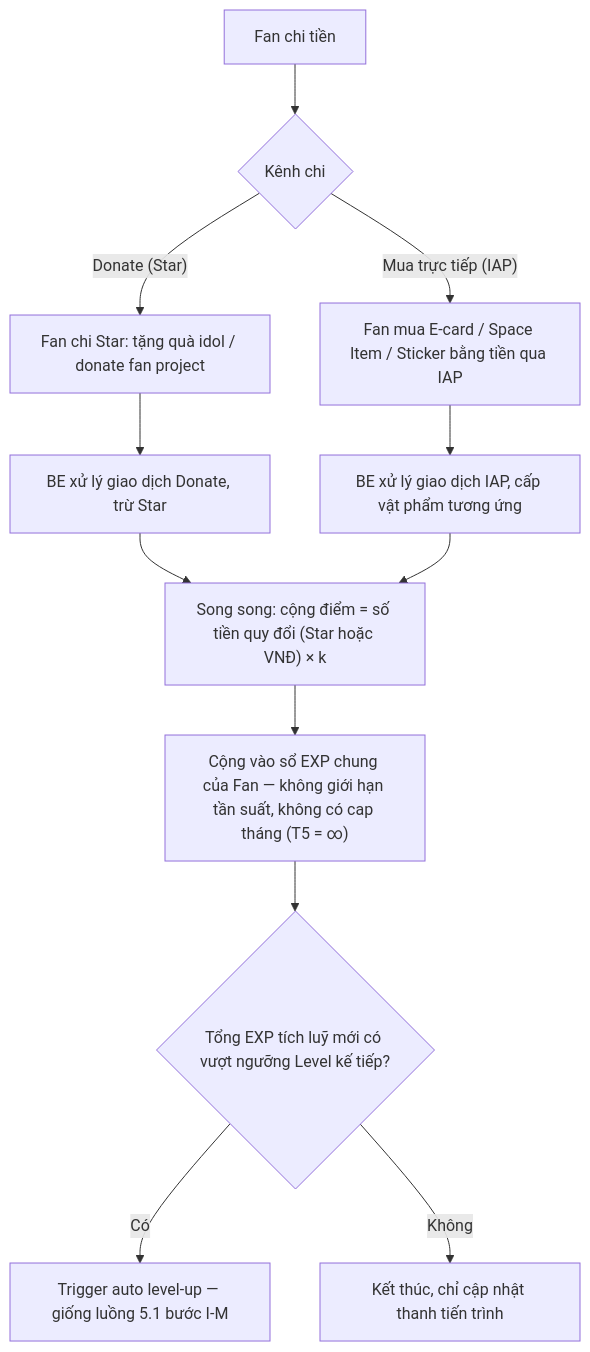
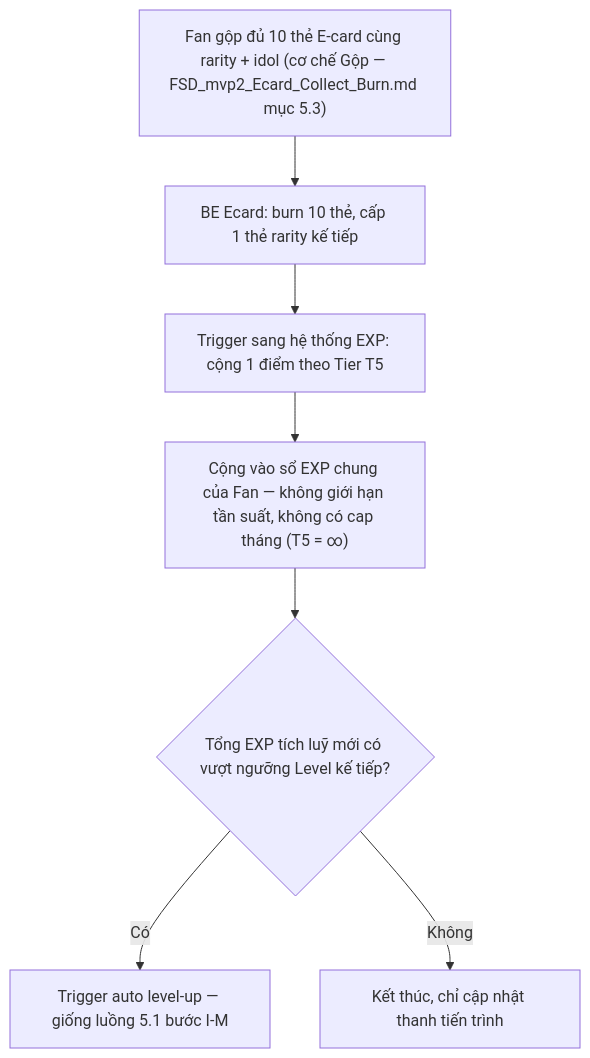
Before and after one commit to chrishieu/fana-analysis: the second of 2 diagrams in FSD_mvp2_Ranking_Point_System.md, drawn with Mermaid. The commit also changed other lines of this file, not shown here.

Commit message:
Update FSD for MVP2 Ranking and Point System: Clarify EXP accumulation rules, introduce E-card merging for additional EXP, and refine action tiers and limits for better user engagement.

````diff
--- a/FSD_mvp2_Ranking_Point_System.md
+++ b/FSD_mvp2_Ranking_Point_System.md
@@ -98,16 +103,9 @@
 ```mermaid
 flowchart TD
-    A["Fan chi tiền"] --> B{"Kênh chi"}
-    B -- "Donate (Star)" --> C1["Fan chi Star: tặng quà idol / donate fan project"]
-    B -- "Mua trực tiếp (IAP)" --> C2["Fan mua E-card / Space Item / Sticker bằng tiền qua IAP"]
-
-    C1 --> D["BE xử lý giao dịch Donate, trừ Star"]
-    C2 --> E["BE xử lý giao dịch IAP, cấp vật phẩm tương ứng"]
-
-    D --> F["Song song: cộng điểm = số tiền quy đổi (Star hoặc VNĐ) × k"]
-    E --> F
-    F --> G["Cộng vào sổ EXP chung của Fan — không giới hạn tần suất, không có cap tháng (T5 = ∞)"]
-    G --> H{"Tổng EXP tích luỹ mới có vượt ngưỡng Level kế tiếp?"}
-    H -- Có --> I["Trigger auto level-up — giống luồng 5.1 bước I-M"]
-    H -- Không --> J["Kết thúc, chỉ cập nhật thanh tiến trình"]
+    A["Fan gộp đủ 10 thẻ E-card cùng rarity + idol (cơ chế Gộp — FSD_mvp2_Ecard_Collect_Burn.md mục 5.3)"] --> B["BE Ecard: burn 10 thẻ, cấp 1 thẻ rarity kế tiếp"]
+    B --> C["Trigger sang hệ thống EXP: cộng 1 điểm theo Tier T5"]
+    C --> D["Cộng vào sổ EXP chung của Fan — không giới hạn tần suất, không có cap tháng (T5 = ∞)"]
+    D --> E{"Tổng EXP tích luỹ mới có vượt ngưỡng Level kế tiếp?"}
+    E -- Có --> F["Trigger auto level-up — giống luồng 5.1 bước I-M"]
+    E -- Không --> G["Kết thúc, chỉ cập nhật thanh tiến trình"]
 ```
````
